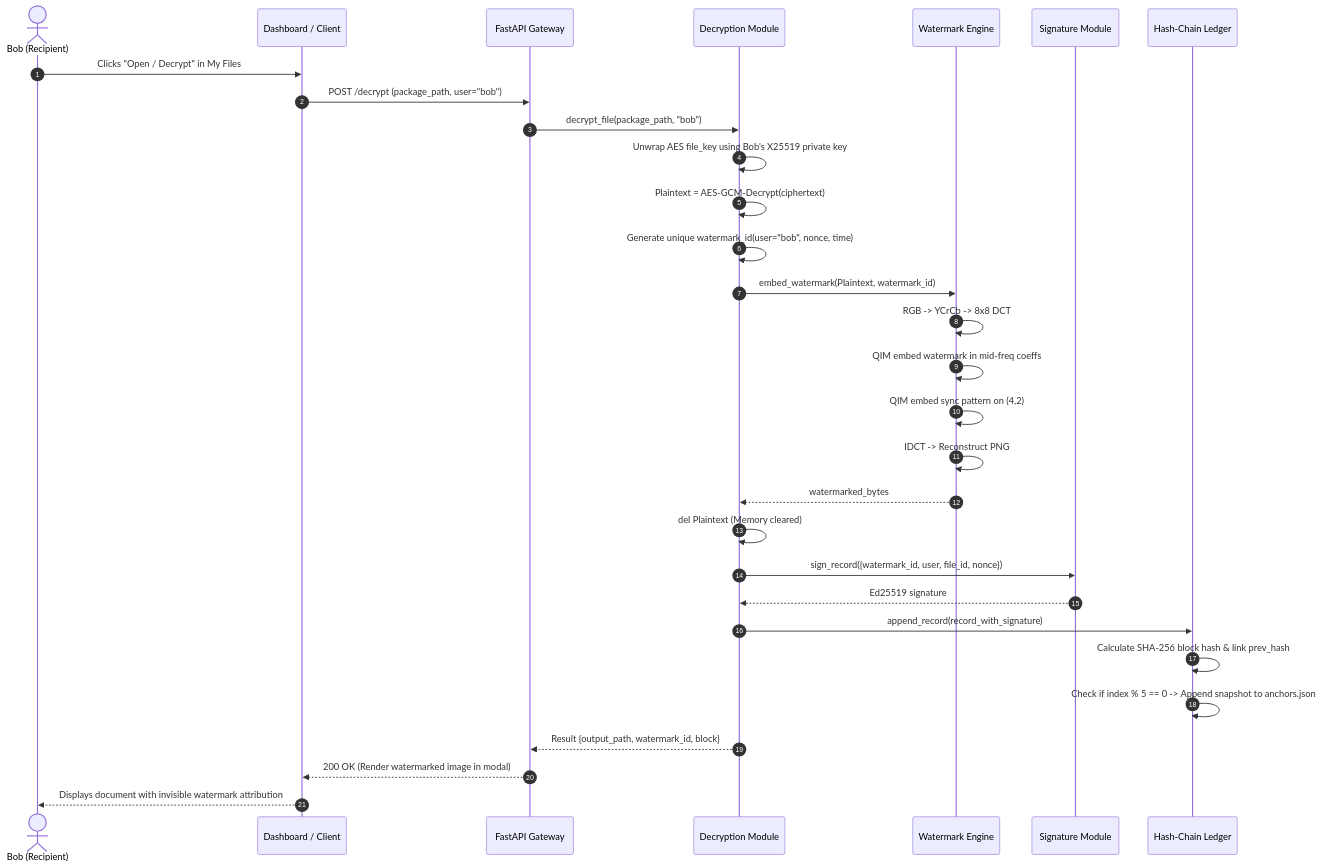
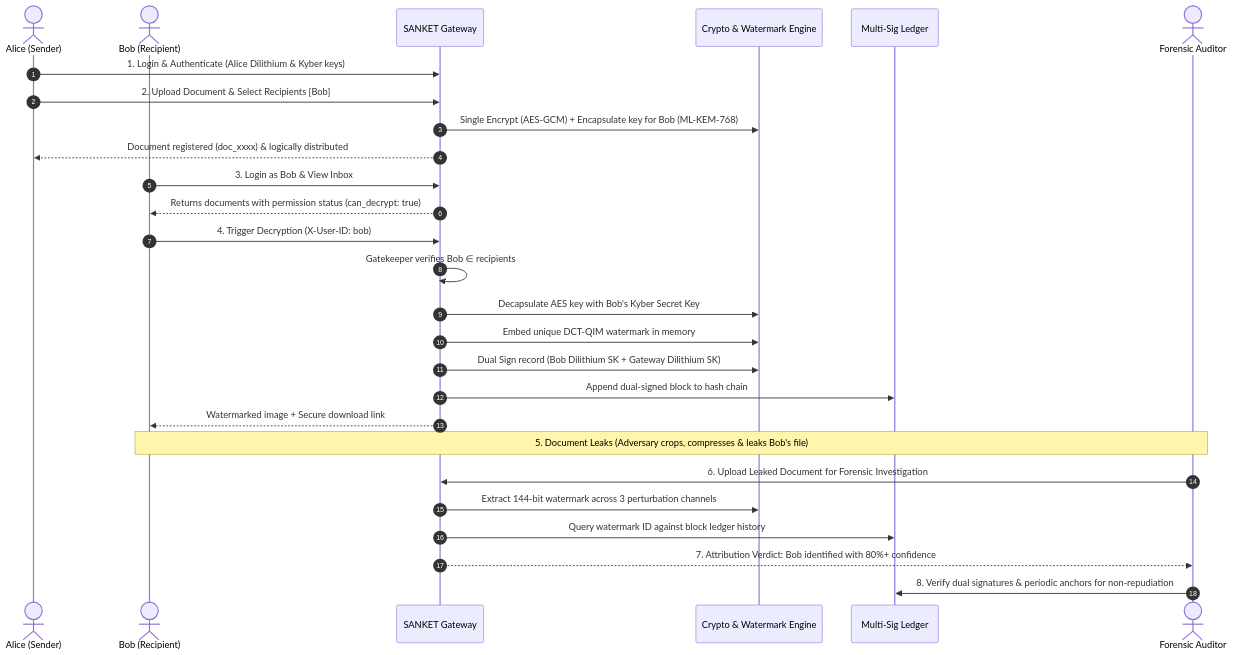
Before and after one commit to SuyashGargote/SANKET: the second of 2 diagrams in docs/SYSTEM_ARCHITECTURE_AND_EXECUTION_GUIDE.md, drawn with Mermaid. The commit also changed other lines of this file, not shown here.

Commit message:
docs: streamline system architecture & execution guide with PQC, user flow & multi-sig ledger specifications

````diff
--- a/docs/SYSTEM_ARCHITECTURE_AND_EXECUTION_GUIDE.md
+++ b/docs/SYSTEM_ARCHITECTURE_AND_EXECUTION_GUIDE.md
@@ -501,33 +80,33 @@
 ```mermaid
 sequenceDiagram
     autonumber
+    actor Alice as Alice (Sender)
     actor Bob as Bob (Recipient)
-    participant UI as Dashboard / Client
-    participant API as FastAPI Gateway
-    participant DecryptMod as Decryption Module
-    participant WMEngine as Watermark Engine
-    participant SigMod as Signature Module
-    participant Ledger as Hash-Chain Ledger
+    participant API as SANKET Gateway
+    participant PQC as Crypto & Watermark Engine
+    participant Ledger as Multi-Sig Ledger
+    actor Auditor as Forensic Auditor
 
-    Bob->>UI: Clicks "Open / Decrypt" in My Files
-    UI->>API: POST /decrypt (package_path, user="bob")
-    API->>DecryptMod: decrypt_file(package_path, "bob")
-    DecryptMod->>DecryptMod: Unwrap AES file_key using Bob's X25519 private key
-    DecryptMod->>DecryptMod: Plaintext = AES-GCM-Decrypt(ciphertext)
-    DecryptMod->>DecryptMod: Generate unique watermark_id(user="bob", nonce, time)
-    DecryptMod->>WMEngine: embed_watermark(Plaintext, watermark_id)
-    WMEngine->>WMEngine: RGB -> YCrCb -> 8x8 DCT
-    WMEngine->>WMEngine: QIM embed watermark in mid-freq coeffs
-    WMEngine->>WMEngine: QIM embed sync pattern on (4,2)
-    WMEngine->>WMEngine: IDCT -> Reconstruct PNG
-    WMEngine-->>DecryptMod: watermarked_bytes
-    DecryptMod->>DecryptMod: del Plaintext (Memory cleared)
-    DecryptMod->>SigMod: sign_record({watermark_id, user, file_id, nonce})
-    SigMod-->>DecryptMod: Ed25519 signature
-    DecryptMod->>Ledger: append_record(record_with_signature)
-    Ledger->>Ledger: Calculate SHA-256 block hash & link prev_hash
-    Ledger->>Ledger: Check if index % 5 == 0 -> Append snapshot to anchors.json
-    DecryptMod-->>API: Result {output_path, watermark_id, block}
-    API-->>UI: 200 OK (Render watermarked image in modal)
-    UI-->>Bob: Displays document with invisible watermark attribution
+    Alice->>API: 1. Login & Authenticate (Alice Dilithium & Kyber keys)
+    Alice->>API: 2. Upload Document & Select Recipients [Bob]
+    API->>PQC: Single Encrypt (AES-GCM) + Encapsulate key for Bob (ML-KEM-768)
+    API-->>Alice: Document registered (doc_xxxx) & logically distributed
+
+    Bob->>API: 3. Login as Bob & View Inbox
+    API-->>Bob: Returns documents with permission status (can_decrypt: true)
+
+    Bob->>API: 4. Trigger Decryption (X-User-ID: bob)
+    API->>API: Gatekeeper verifies Bob ∈ recipients
+    API->>PQC: Decapsulate AES key with Bob's Kyber Secret Key
+    API->>PQC: Embed unique DCT-QIM watermark in memory
+    API->>PQC: Dual Sign record (Bob Dilithium SK + Gateway Dilithium SK)
+    API->>Ledger: Append dual-signed block to hash chain
+    API-->>Bob: Watermarked image + Secure download link
+
+    Note over Bob,Auditor: 5. Document Leaks (Adversary crops, compresses & leaks Bob's file)
+    Auditor->>API: 6. Upload Leaked Document for Forensic Investigation
+    API->>PQC: Extract 144-bit watermark across 3 perturbation channels
+    API->>Ledger: Query watermark ID against block ledger history
+    API-->>Auditor: 7. Attribution Verdict: Bob identified with 80%+ confidence
+    Auditor->>Ledger: 8. Verify dual signatures & periodic anchors for non-repudiation
 ```
````
